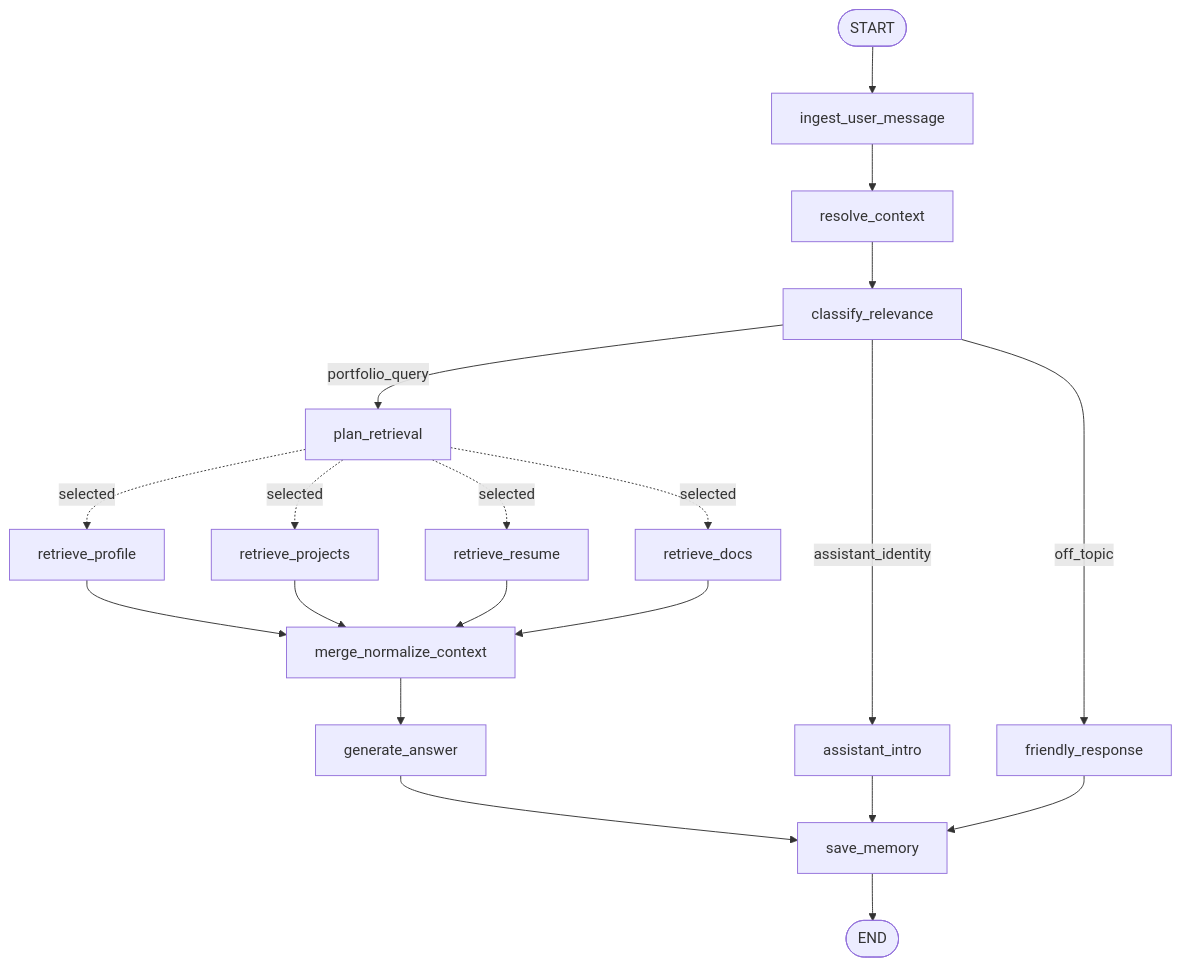
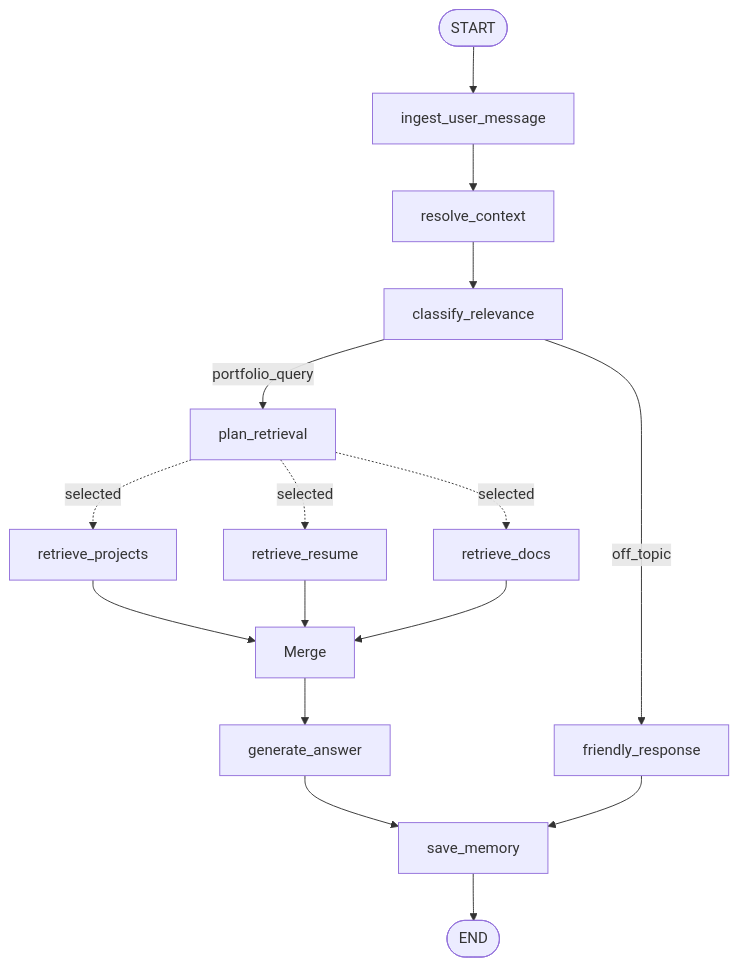
One commit to yubi00/portfolio-assistant-langgraph changed the second of 2 diagrams in LANGGRAPH_ARCHITECTURE.md. Above: the diagram before and after it, drawn with Mermaid. The commit also changed other lines of this file and 22 other files, not shown here.

Commit message:
Simplify resume identity flow and startup config handling

````diff
--- a/LANGGRAPH_ARCHITECTURE.md
+++ b/LANGGRAPH_ARCHITECTURE.md
@@ -62,24 +62,20 @@
 ```mermaid
 flowchart TD
     START([START]) --> Ingest[ingest_user_message]
     Ingest --> Resolve[resolve_context]
     Resolve --> Classify[classify_relevance]
 
     Classify -->|portfolio_query| Plan[plan_retrieval]
-    Classify -->|assistant_identity| Intro[assistant_intro]
     Classify -->|off_topic| Friendly[friendly_response]
 
-    Plan -. selected .-> Profile[retrieve_profile]
     Plan -. selected .-> Projects[retrieve_projects]
     Plan -. selected .-> Resume[retrieve_resume]
     Plan -. selected .-> Docs[retrieve_docs]
-    Profile --> Merge[merge_normalize_context]
     Projects --> Merge
     Resume --> Merge
     Docs --> Merge
     Merge --> Answer[generate_answer]
     Answer --> Save[save_memory]
-    Intro --> Save
     Friendly --> Save
     Save --> END([END])
 ```
````
